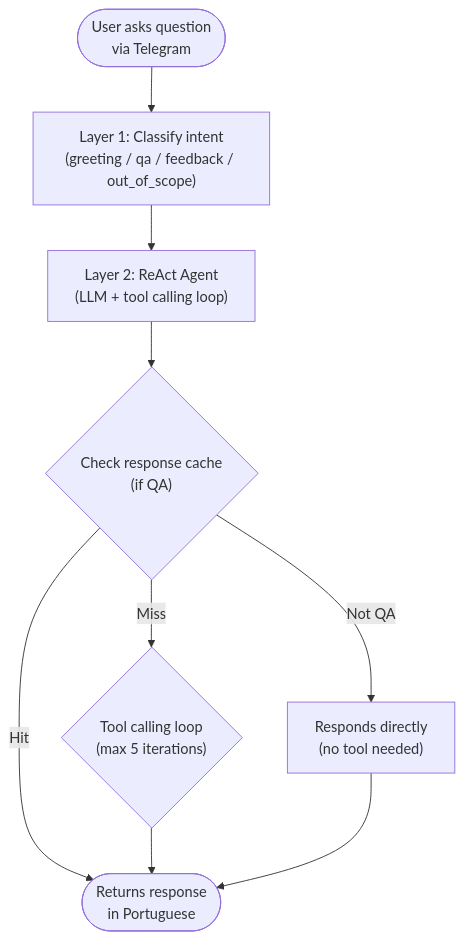
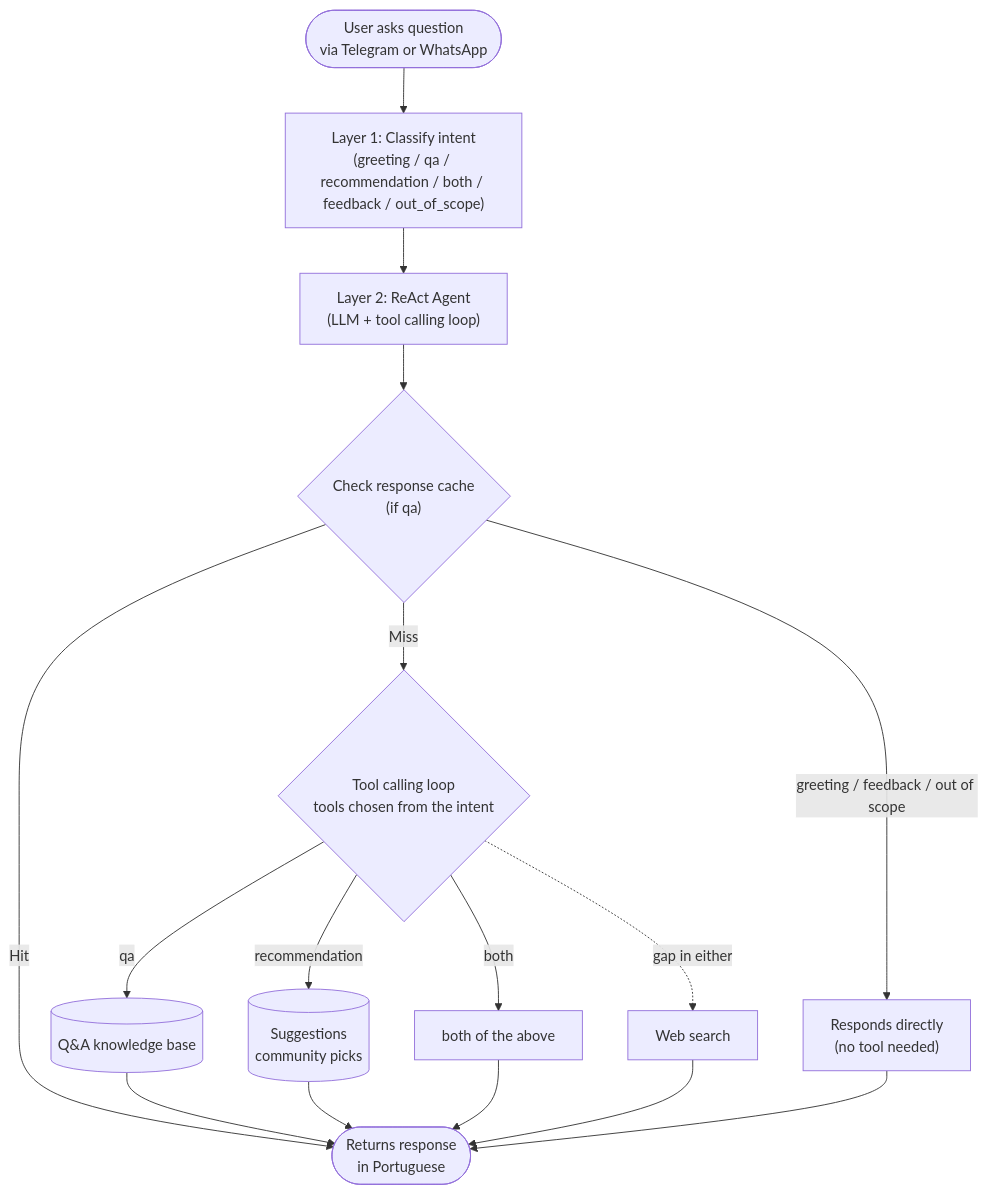
One commit to jooaobrum/habitantes-grenoble-agent changed the diagram in docs/OVERVIEW.md. Above: the diagram before and after it, drawn with Mermaid. The commit also changed other lines of this file and 11 other files, not shown here.

````diff
--- a/docs/OVERVIEW.md
+++ b/docs/OVERVIEW.md
@@ -50,14 +53,21 @@
 ```mermaid
 flowchart TD
-    User([User asks question<br>via Telegram]) --> Intent["Layer 1: Classify intent<br>(greeting / qa / feedback / out_of_scope)"]
+    User([User asks question<br>via Telegram or WhatsApp]) --> Intent["Layer 1: Classify intent<br>(greeting / qa / recommendation / both / feedback / out_of_scope)"]
     Intent --> Agent["Layer 2: ReAct Agent<br>(LLM + tool calling loop)"]
 
-    Agent --> Cache{"Check response cache<br>(if QA)"}
+    Agent --> Cache{"Check response cache<br>(if qa)"}
     Cache -->|Hit| Resp([Returns response<br>in Portuguese])
 
-    Cache -->|Miss| Loop{"Tool calling loop<br>(max 5 iterations)"}
-    Loop --> Resp
+    Cache -->|Miss| Loop{"Tool calling loop<br>tools chosen from the intent"}
+    Loop -->|qa| KB[("Q&A knowledge base")]
+    Loop -->|recommendation| SG[("Suggestions<br>community picks")]
+    Loop -->|both| Both["both of the above"]
+    Loop -.->|gap in either| Web["Web search"]
+    KB --> Resp
+    SG --> Resp
+    Both --> Resp
+    Web --> Resp
 
-    Cache -->|Not QA| Direct["Responds directly<br>(no tool needed)"]
+    Cache -->|greeting / feedback / out of scope| Direct["Responds directly<br>(no tool needed)"]
     Direct --> Resp
 ```
````
